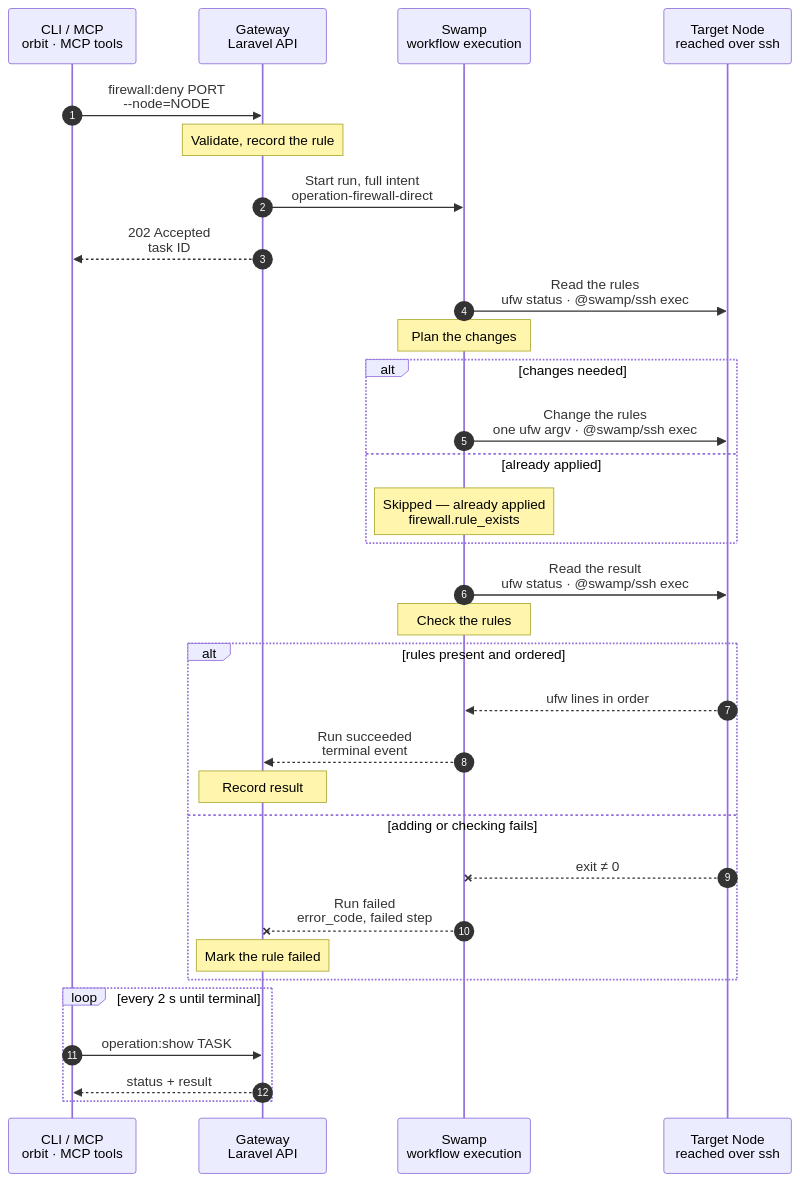
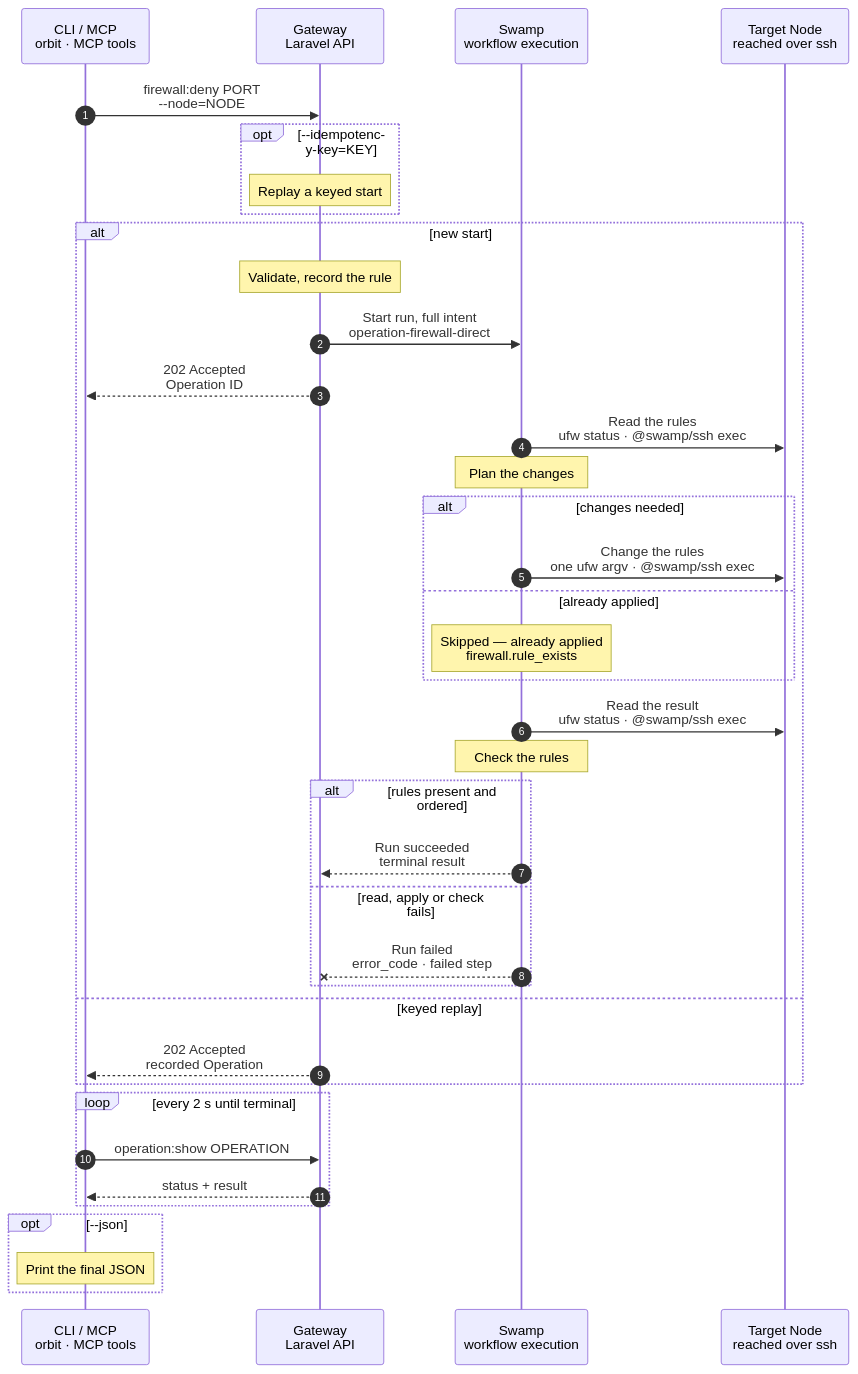
Before and after one commit to hardimpactdev/orbit: the diagram in docs/cli/firewall/deny.mmd, drawn with Mermaid. The commit also changed 2 other files, not shown here.

Commit message:
docs(firewall): spec for firewall:deny

```diff
--- a/docs/cli/firewall/deny.mmd
+++ b/docs/cli/firewall/deny.mmd
@@ -1,7 +1,6 @@
 sequenceDiagram
-  %% Target design: ADR 0244 task, ADR 0241 allowlists, DECISIONS R1-R4 + 5 (process.stop shape, shared SSH identity).
-  %% Tightened: flow-tighten 2026-11-03, rule 22 (no script: one ufw argv per change over @swamp/ssh exec; a typed step plans positions, Lab #4334).
-  %% status: reviewed
+  %% Target design: docs/cli/firewall/index.mdx; docs/reference/cli-ux.md; ADR 0244 and ADR 0241; Swamp shape; command development pipeline stage 1.
+  %% status: draft
   %% command: firewall:deny
   %% kind: firewall.deny
   autonumber
@@ -16,111 +15,120 @@
   CLI->>GW: firewall:deny PORT<br/>--node=NODE
   %%> Command:
   %%> - `orbit firewall:deny PORT --node=NODE`
-  %%> - syntax: `<port> --node=ID [--from=SOURCE] [--protocol=tcp|udp] [--label=TEXT]`
+  %%> - syntax: `<port> --node=ID [--from=SOURCE] [--protocol=tcp|udp] [--label=TEXT] [--idempotency-key=KEY] [--json]`
   %%> Input:
-  %%> - the destination port or port range
-  %%> - the Node, and optionally the source address and the protocol
-  %%> - optionally a label or short description
-  %%> Not accepted:
-  %%> - service names such as `smtp` as the port
-  %%> Who can call it:
-  %%> - the `orbit` CLI and the MCP tool send the same request
-  Note over GW: Validate, record the rule
-  %%> Requirements:
-  %%> - the calling Node has an access grant to the target Node
-  %%> - the target is an active Linux Node
-  %%> - the port and source are valid
-  %%> - the port or range includes no protected port, with any `--from`: SSH 22, the recovery SSH port, the WireGuard port or a port one of the target's roles needs (`firewall.protected_port`), so a deny can never cut the Node off
-  %%> - no opposite rule for the same port, protocol and source; an allow and a deny for exactly the same scope is refused (`firewall.rule_conflict`)
-  %%> - no other firewall change runs on the target; the Gateway holds one lock per Node
-  %%> Allowed:
-  %%> - repeat an active or failed deny rule: reuse its record and check the Node in a new task
-  %%> - overlapping rules with a different scope, such as a broad allow with a deny for one source
-  %%> Result:
-  %%> - the new or reused rule is recorded with status provisioning
-  %%> - a task is recorded with the full intent
-  %%> - nothing has happened on the Node yet
-  GW->>SW: Start run, full intent<br/>operation-firewall-direct
-  %%> What it does:
-  %%> - starts one Swamp run
-  %%> Inputs:
-  %%> - the rule as exact ufw lines: port, protocol, source, direction
-  %%> - the target's address and SSH host keys; the SSH identity comes from the `swamp` role
-  GW-->>CLI: 202 Accepted<br/>task ID
-  %%> What you get:
-  %%> - the task ID, at once
-  %%> Next:
-  %%> - the CLI follows the task with `operation:show`
-  SW->>N: Read the rules<br/>ufw status · @swamp/ssh exec
-  %%> How:
-  %%> - a Swamp worker reaches the target over SSH with the official `@swamp/ssh` behavior
-  %%> - refuses an inactive firewall (`firewall.backend_inactive`) before any change
-  Note over SW: Plan the changes
-  %%> What it does:
-  %%> - turns ufw's numbered rows into the ufw commands this rule needs, in order
-  %%> - an insert position counts the rows as they will be after the earlier commands
-  %%> - plans no changes when every expected line already exists in the correct position
-  %%> Order:
-  %%> - narrower rules go above broader ones, allow or deny, so an exception such as one IP wins over a rule for anywhere
-  %%> - ufw stops at the first match, so Orbit sets this order on every change
-  %%> - all operator rules sit above Orbit's own broad rules, such as WireGuard peer trust, so a deny on a port also applies to WireGuard peers
-  %%> Why typed, not cfgmgmt:
-  %%> - `@swamp/cfgmgmt/firewall` cannot insert at a position (Lab #4334) or name a port range
-  alt changes needed
-    SW->>N: Change the rules<br/>one ufw argv · @swamp/ssh exec
+  %%> - one destination port from 1 through 65535, or an ordered inclusive range; service names are refused (`firewall.port_invalid`)
+  %%> - a positive numeric Node ID (`firewall.node_id_invalid`)
+  %%> - without optional flags: deny both TCP and UDP from any source, in both address families
+  %%> - the CLI generates one idempotency key per logical start and reuses it for transport retries; an intentional new attempt gets a new key
+  %%> Prompts:
+  %%> - in a terminal, ask for an omitted port with the text prompt `Port`; ask again after an invalid answer
+  %%> - select an omitted Node with the data list `Node`: active Linux Nodes, columns `ID` and `Name`, numeric IDs as selectors, and `Press / to search`; never infer a target
+  %%> - show waiting feedback for a slow lookup; no eligible Nodes returns `firewall.node_id_invalid`
+  %%> - Ctrl-C or end of input exits 1 with `input.cancelled`, before admission
+  %%> - without a terminal, or with `--json`, missing input exits 1 with the corresponding input error and creates no Operation
+  opt --idempotency-key=KEY
+    %% path: idempotency-key
+    Note over GW: Replay a keyed start
     %%> What it does:
-    %%> - adds one ufw deny line per port, protocol and family, commented with its label
-    %%> - inserts each line at the position the plan names; an existing identical, well-placed line is left as it is
-    %%> - moves a line that sits in the wrong place: deletes it, then inserts it again
-    %%> - runs the planned commands one at a time; nothing is copied to the Node
-  else already applied
-    Note over SW: Skipped — already applied<br/>firewall.rule_exists
+    %%> - an explicit key overrides the internally generated key
+    %%> - after access checks, the same key, target and input return the recorded Operation without another run, even if it failed
+    %%> - different input or target returns `operation.idempotency_conflict`; a malformed key returns `validation.failed`
+    %%> - replay follows the existing Operation below; it does not perform the admission and Node work again
+    %%> Retry:
+    %%> - an intentional repair is a new start, not a replay of a failed Operation
+  end
+  alt new start
+    %% path: new-start
+    Note over GW: Validate, record the rule
+    %%> Requirements:
+    %%> - the calling Node has an access grant to the target Node (`node_access.required`); the target is an active Linux Node (`firewall.platform_unsupported` for another platform)
+    %%> - the port or range includes no protected port, regardless of source or protocol: SSH 22, recovery SSH, WireGuard, or a port needed by a role on the target (`firewall.protected_port`)
+    %%> - no opposite action for the same port, protocol and normalized source (`firewall.rule_conflict`)
+    %%> - no both-protocol rule overlapping a single-protocol rule on the same port and source, in either direction (`firewall.rule_overlap`)
+    %%> - no other firewall change runs on the target (`operation.target_busy`); one lock per Node
+    %%> Allowed:
+    %%> - different source scopes may overlap: a narrow allow overrides a broad deny, and a narrow deny overrides a broad allow
+    %%> - repeat an active or failed deny: reuse its identity record and check the Node in a new Operation
     %%> Result:
-    %%> - the plan contains no changes
-    %%> - the final read and check still run before the task can succeed
-  end
-  SW->>N: Read the result<br/>ufw status · @swamp/ssh exec
-  Note over SW: Check the rules
-  %%> What it does:
-  %%> - checks every expected line is present, in narrow-first order
-  %%> - prints the public result; a line that ufw changed in between fails the check, and a rerun repairs it
-  %%> Why:
-  %%> - the rule only counts as active when ufw shows it
-  alt rules present and ordered
-    N-->>SW: ufw lines in order
-    %%> Returns:
-    %%> - the check passed for every line and its narrow-first order
-    SW-->>GW: Run succeeded<br/>terminal event
-    %%> How the Gateway learns it:
-    %%> - its shared run reader sees the terminal event; Swamp never calls the Gateway
-    Note over GW: Record result
+    %%> - a refusal creates no Operation or rule and changes nothing on the Node
+    %%> - an admitted new start records the rule as provisioning and captures the full non-secret intent; no Node work has happened yet
+    GW->>SW: Start run, full intent<br/>operation-firewall-direct
+    %%> Inputs:
+    %%> - the exact rule tuple and comment, target address and pinned SSH host keys
+    %%> - the shared SSH identity comes from the worker's swamp role; no step calls the Gateway
+    GW-->>CLI: 202 Accepted<br/>Operation ID
     %%> Result:
-    %%> - the rule becomes active
-    %%> - the task succeeds
-    %%> - if no changes were needed, reports `Skipped — already applied (firewall.rule_exists)`
-    %%> - the skip reason is part of the successful result in human and machine output, not an error
-  else adding or checking fails
-    N--xSW: exit ≠ 0
-    %%> When:
-    %%> - ufw refuses the line, SSH fails, or a line is missing after the add
-    SW--xGW: Run failed<br/>error_code, failed step
-    %%> The Gateway reads:
-    %%> - which step failed and its error code
-    Note over GW: Mark the rule failed
+    %%> - the CLI follows the Operation with `operation:show`
+    SW->>N: Read the rules<br/>ufw status · @swamp/ssh exec
+    %%> What it does:
+    %%> - reads numbered UFW rows over official SSH; needed to plan insert positions and detect drift on a repeat
+    %%> - inactive UFW fails with `firewall.backend_inactive` before mutation; never enables the firewall
+    Note over SW: Plan the changes
+    %%> What it does:
+    %%> - plans exact missing lines and moves misplaced lines; an identical, well-placed line is left untouched
+    %%> - narrower sources go first: one address, then CIDRs by prefix length, then anywhere; operator lines go above Orbit's broad managed rules
+    %%> - plans one deny per protocol and applicable address family; a port range stays a range
+    %%> - numbered positions account for earlier planned changes
+    %%> Why native:
+    %%> - official cfgmgmt firewall cannot insert at a position or express a range; each mutation is one UFW argv over official SSH, with no copied script
+    alt changes needed
+      %% path: changes-needed
+      SW->>N: Change the rules<br/>one ufw argv · @swamp/ssh exec
+      %%> What it does:
+      %%> - executes planned changes sequentially; a native guard skips entries requiring no work
+      %%> - moves a misplaced line by deleting and reinserting it; preserves unrelated rules
+    else already applied
+      %% path: already-applied
+      Note over SW: Skipped — already applied<br/>firewall.rule_exists
+      %%> Result:
+      %%> - no mutation; the final read and check must still pass before reporting a successful skip
+    end
+    SW->>N: Read the result<br/>ufw status · @swamp/ssh exec
+    %%> What it does:
+    %%> - collects the final rows for the one end-state check
+    Note over SW: Check the rules
+    %%> What it does:
+    %%> - a typed check compares every expected line and its narrow-first position; native assert requires the check to pass
+    %%> - the public result comes from the check, not a separate report step
+    %%> Failure:
+    %%> - a missing or misplaced line fails with `firewall.verify_failed`, including a change made between mutation and this read
+    alt rules present and ordered
+      %% path: succeeded
+      SW-->>GW: Run succeeded<br/>terminal result
+      %%> Result:
+      %%> - the Gateway's shared reader marks the rule active and the Operation succeeded
+      %%> - only a no-change plan reports `Skipped — already applied (firewall.rule_exists)` in human and JSON results
+    else read, apply or check fails
+      %% path: failed
+      SW--xGW: Run failed<br/>error_code · failed step
+      %%> Result:
+      %%> - the rule stays visible as failed; the Operation fails and the CLI exits 1
+      %%> - SSH, UFW mutation or another native step stopping before a public check result is `operation.native_failed`
+      %%> On the Node:
+      %%> - previously added lines remain, and a line deleted for reordering may be absent; there is no rollback
+      %%> Retry:
+      %%> - fix the cause and repeat the same command as a new start; reuse the record, keep correct lines and repair missing or misplaced ones without duplicates
+    end
+  else keyed replay
+    %% path: keyed-replay
+    GW-->>CLI: 202 Accepted<br/>recorded Operation
     %%> Result:
-    %%> - the rule is marked failed, so you can see it
-    %%> - the task fails
-    %%> On the Node:
-    %%> - lines added before the failure stay; there is no rollback
-    %%> - that is safe: the rule is marked failed, and a rerun skips lines that already exist
-    %%> Retry:
-    %%> - run the same command again after fixing the cause; it is a new task
+    %%> - access and the full key fingerprint matched; return the same Operation, without rule changes or another run
+    %%> - the CLI follows that Operation, including a previously recorded failure; this is not a repair or an already-applied skip
   end
   loop every 2 s until terminal
-    CLI->>GW: operation:show TASK
+    CLI->>GW: operation:show OPERATION
     %%> What it does:
-    %%> - asks for the task's status every 2 seconds until it has ended
+    %%> - reads recorded progress and the final result; does not start more Node work
     GW-->>CLI: status + result
-    %%> Returns:
-    %%> - the current status, and the result once the task has ended
+    %%> Result:
+    %%> - human output follows progress and shows the final outcome, Operation and request IDs; piped output has no animation or escape codes
   end
+  opt --json
+    %% path: json
+    Note over CLI: Print the final JSON
+    %%> Result:
+    %%> - one final Operation, or an error envelope for a refusal; no prompts, human progress or ANSI codes
+    %%> - successful skips keep their stable reason code; execution failures remain failed Operations, not admission errors
+  end
```
